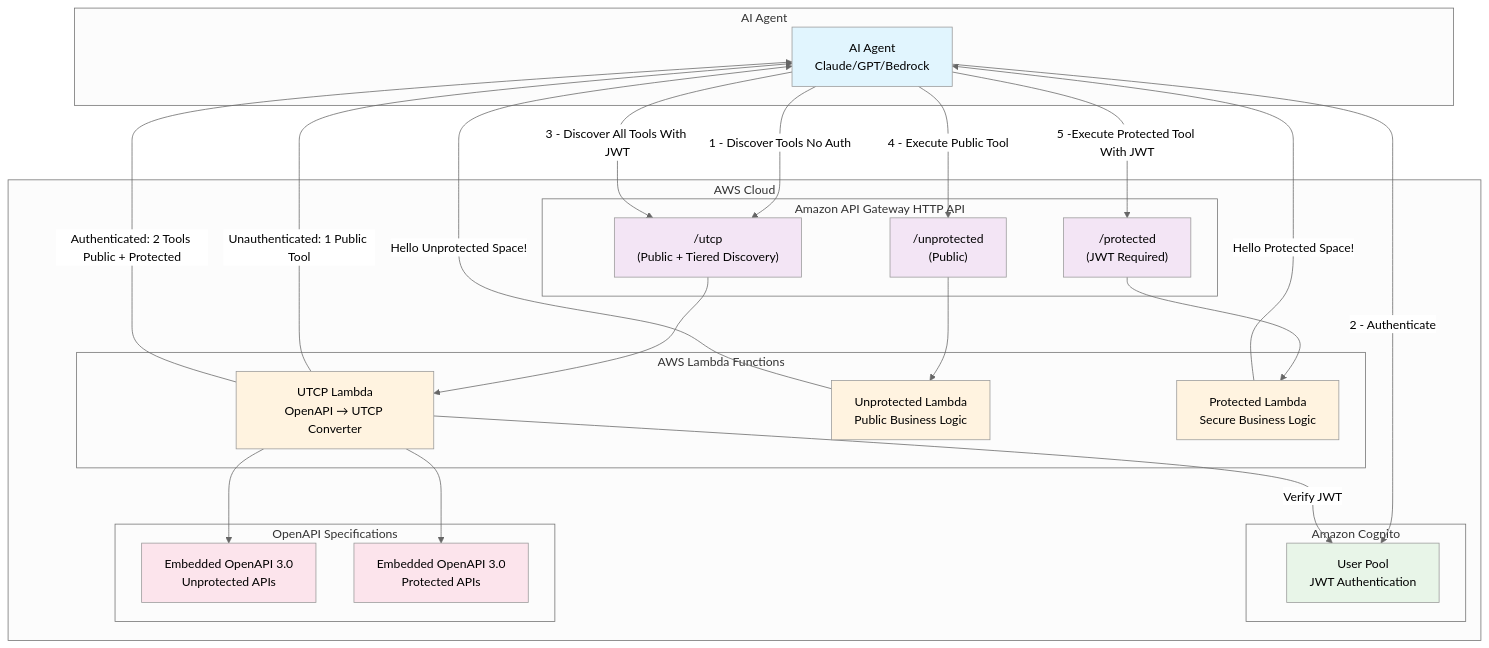
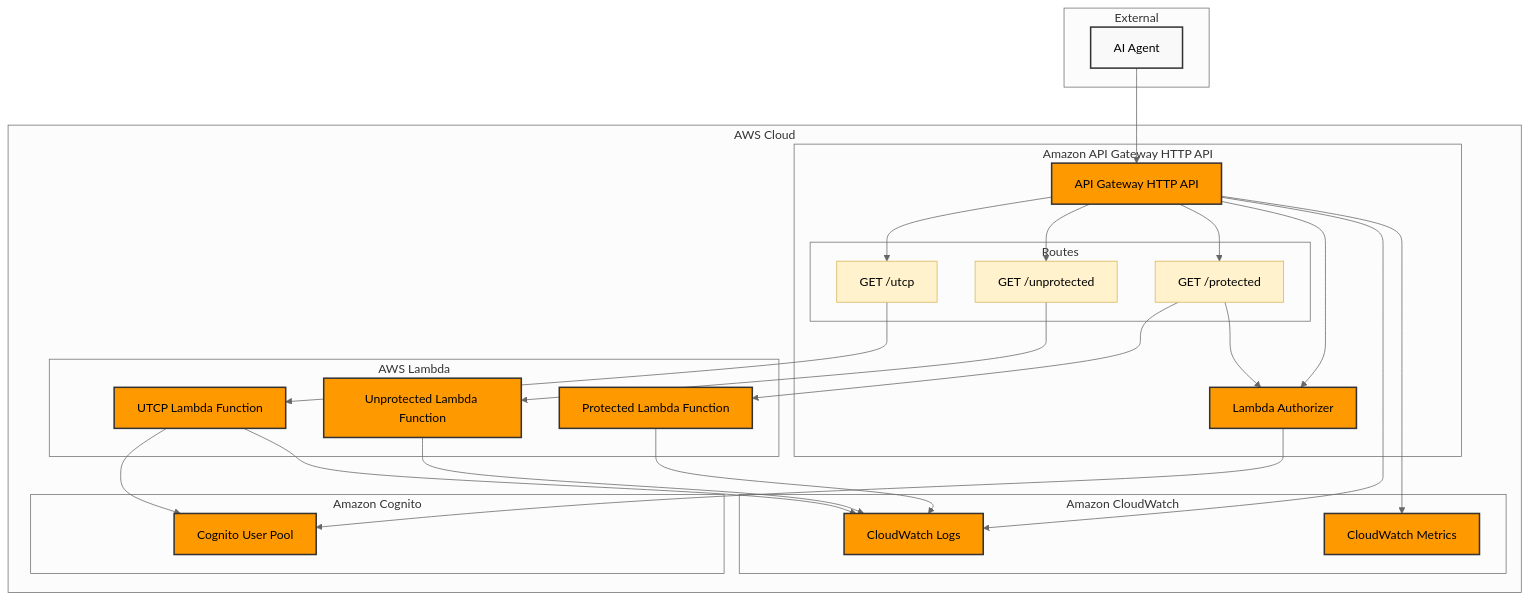
Before and after one commit to Robobc/Transform-your-APIs-into-agent-tools-with-UTCP: the first of 2 diagrams in README.md, drawn with Mermaid (neutral theme).

Commit message:
Replace flow diagram with proper AWS architecture diagram
- Created actual architecture diagram showing AWS components and relationships
- Added Lambda Authorizer component that was missing from previous diagram
- Included CloudWatch Logs and Metrics for monitoring
- Shows proper API Gateway routes and their connections to Lambda functions
- Focuses on AWS infrastructure rather than interaction flow
- Uses AWS orange color scheme for better visual consistency

````diff
--- a/README.md
+++ b/README.md
@@ -28,63 +28,77 @@
 ```mermaid
 graph TB
-    subgraph "AI Agent"
-        A[AI Agent<br/>Claude/GPT/Bedrock]
+    subgraph "External"
+        AI[AI Agent]
     end
     
     subgraph "AWS Cloud"
         subgraph "Amazon API Gateway HTTP API"
-            B["/utcp<br/>(Public + Tiered Discovery)"]
-            C["/unprotected<br/>(Public)"]
-            D["/protected<br/>(JWT Required)"]
+            APIGW[API Gateway HTTP API]
+            AUTH[Lambda Authorizer]
+            
+            subgraph "Routes"
+                ROUTE1[GET /utcp]
+                ROUTE2[GET /unprotected] 
+                ROUTE3[GET /protected]
+            end
         end
         
-        subgraph "AWS Lambda Functions"
-            E[UTCP Lambda<br/>OpenAPI → UTCP Converter]
-            F[Unprotected Lambda<br/>Public Business Logic]
-            G[Protected Lambda<br/>Secure Business Logic]
+        subgraph "AWS Lambda"
+            LAMBDA1[UTCP Lambda Function]
+            LAMBDA2[Unprotected Lambda Function]
+            LAMBDA3[Protected Lambda Function]
         end
         
         subgraph "Amazon Cognito"
-            H[User Pool<br/>JWT Authentication]
+            USERPOOL[Cognito User Pool]
         end
         
-        subgraph "OpenAPI Specifications"
-            I[Embedded OpenAPI 3.0<br/>Unprotected APIs]
-            J[Embedded OpenAPI 3.0<br/>Protected APIs]
+        subgraph "Amazon CloudWatch"
+            LOGS[CloudWatch Logs]
+            METRICS[CloudWatch Metrics]
         end
     end
     
-    %% AI Agent Interactions
-    A -->|1 - Discover Tools No Auth| B
-    A -->|2 - Authenticate| H
-    A -->|3 - Discover All Tools With JWT| B
-    A -->|4 - Execute Public Tool| C
-    A -->|5 -Execute Protected Tool With JWT| D
+    %% External connections
+    AI --> APIGW
     
-    %% Internal Connections
-    B --> E
-    C --> F
-    D --> G
-    E --> I
-    E --> J
-    E -->|Verify JWT| H
+    %% API Gateway internal connections
+    APIGW --> ROUTE1
+    APIGW --> ROUTE2
+    APIGW --> ROUTE3
+    APIGW --> AUTH
     
-    %% Response Flow
-    E -->|Unauthenticated: 1 Public Tool| A
-    E -->|Authenticated: 2 Tools Public + Protected| A
-    F -->|Hello Unprotected Space!| A
-    G -->|Hello Protected Space!| A
+    %% Route to Lambda connections
+    ROUTE1 --> LAMBDA1
+    ROUTE2 --> LAMBDA2
+    ROUTE3 --> LAMBDA3
+    
+    %% Authorization flow
+    AUTH --> USERPOOL
+    ROUTE3 --> AUTH
+    
+    %% Lambda to Cognito for JWT verification
+    LAMBDA1 --> USERPOOL
+    
+    %% Logging and monitoring
+    LAMBDA1 --> LOGS
+    LAMBDA2 --> LOGS
+    LAMBDA3 --> LOGS
+    APIGW --> LOGS
+    APIGW --> METRICS
     
     %% Styling
-    classDef aiAgent fill:#e1f5fe
-    classDef apiGateway fill:#f3e5f5
-    classDef lambda fill:#fff3e0
-    classDef cognito fill:#e8f5e8
-    classDef openapi fill:#fce4ec
+    classDef external fill:#f9f9f9,stroke:#333,stroke-width:2px
+    classDef apigateway fill:#ff9900,stroke:#333,stroke-width:2px
+    classDef lambda fill:#ff9900,stroke:#333,stroke-width:2px
+    classDef cognito fill:#ff9900,stroke:#333,stroke-width:2px
+    classDef monitoring fill:#ff9900,stroke:#333,stroke-width:2px
+    classDef routes fill:#fff2cc,stroke:#d6b656,stroke-width:1px
     
-    class A aiAgent
-    class B,C,D apiGateway
-    class E,F,G lambda
-    class H cognito
-    class I,J openapi
+    class AI external
+    class APIGW,AUTH apigateway
+    class LAMBDA1,LAMBDA2,LAMBDA3 lambda
+    class USERPOOL cognito
+    class LOGS,METRICS monitoring
+    class ROUTE1,ROUTE2,ROUTE3 routes
 ```
````
